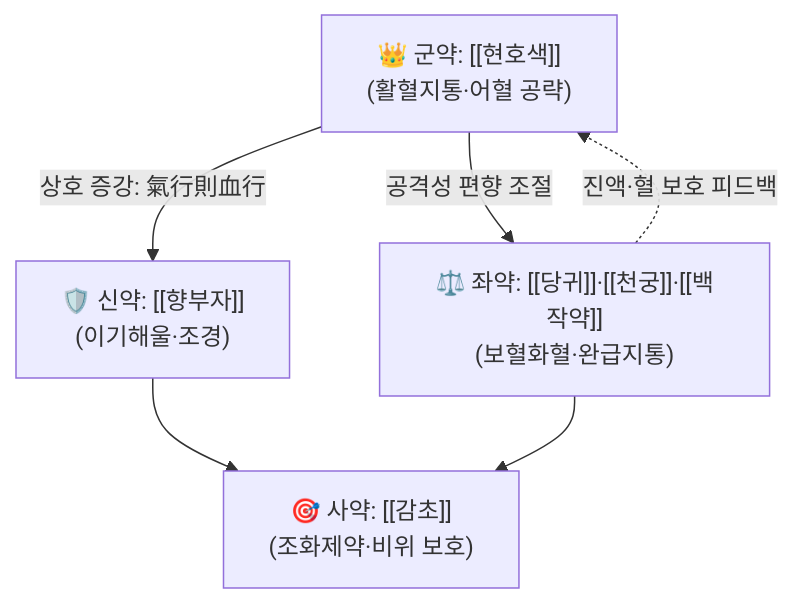
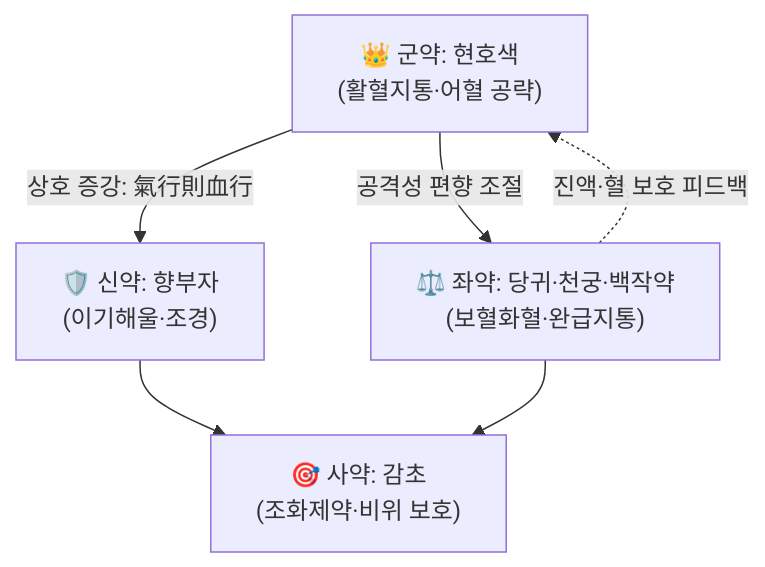
The diagram in content/2. 약리 공부/처방/05_활혈거어·지혈제/현부이경탕.md (simbio11/simbio-digital-garden2), drawn with Mermaid before and after one commit. The commit also changed other lines of this file and 105 other files, not shown here.

````diff
--- a/content/2. 약리 공부/처방/05_활혈거어·지혈제/현부이경탕.md
+++ b/content/2. 약리 공부/처방/05_활혈거어·지혈제/현부이경탕.md
@@ -66,8 +67,8 @@
 ```mermaid
 graph TD
-    Gun["👑 군약: [[현호색]]<br>(활혈지통·어혈 공략)"] -->|상호 증강: 氣行則血行| Sin["🛡️ 신약: [[향부자]]<br>(이기해울·조경)"]
-    Gun -->|공격성 편향 조절| Jwa["⚖️ 좌약: [[당귀]]·[[천궁]]·[[백작약]]<br>(보혈화혈·완급지통)"]
-    Sin --> Sa["🎯 사약: [[감초]]<br>(조화제약·비위 보호)"]
+    Gun["👑 군약: 현호색<br>(활혈지통·어혈 공략)"] -->|상호 증강: 氣行則血行| Sin["🛡️ 신약: 향부자<br>(이기해울·조경)"]
+    Gun -->|공격성 편향 조절| Jwa["⚖️ 좌약: 당귀·천궁·백작약<br>(보혈화혈·완급지통)"]
+    Sin --> Sa["🎯 사약: 감초<br>(조화제약·비위 보호)"]
     Jwa --> Sa
     Jwa -.->|진액·혈 보호 피드백| Gun
 ```
````
